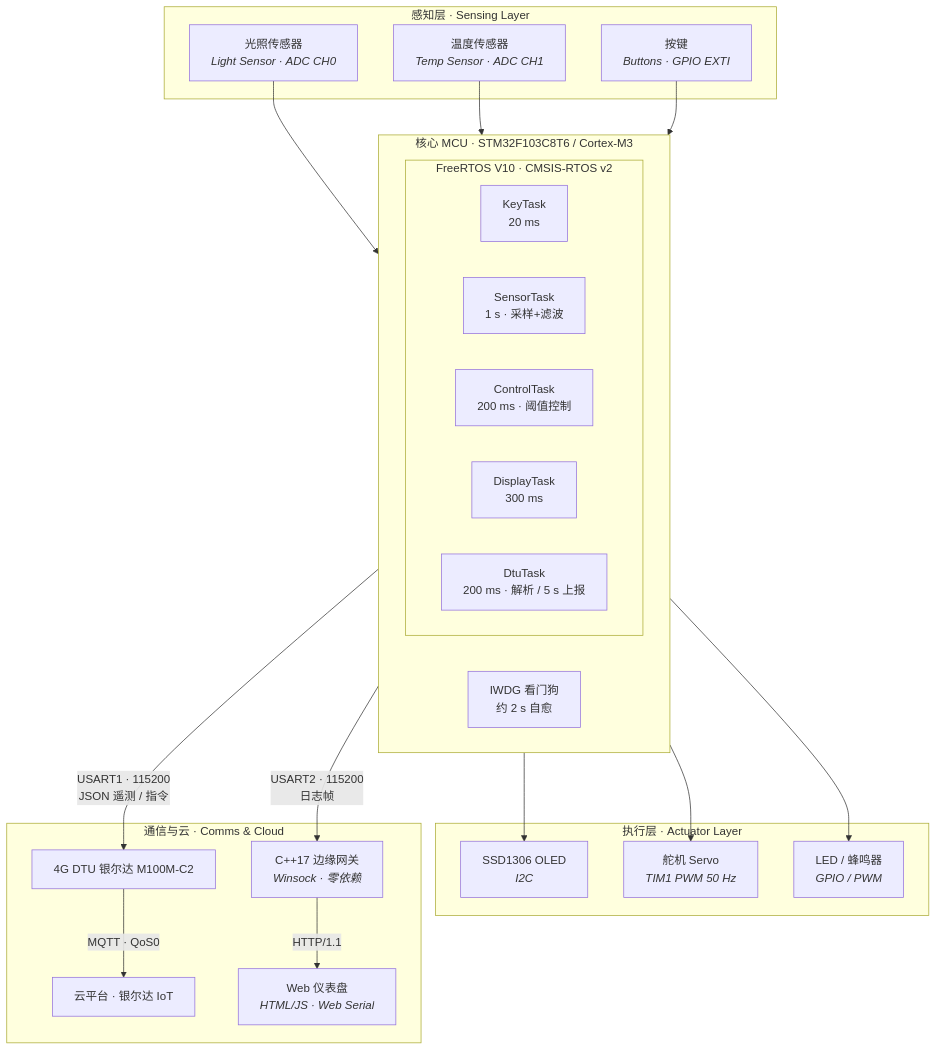
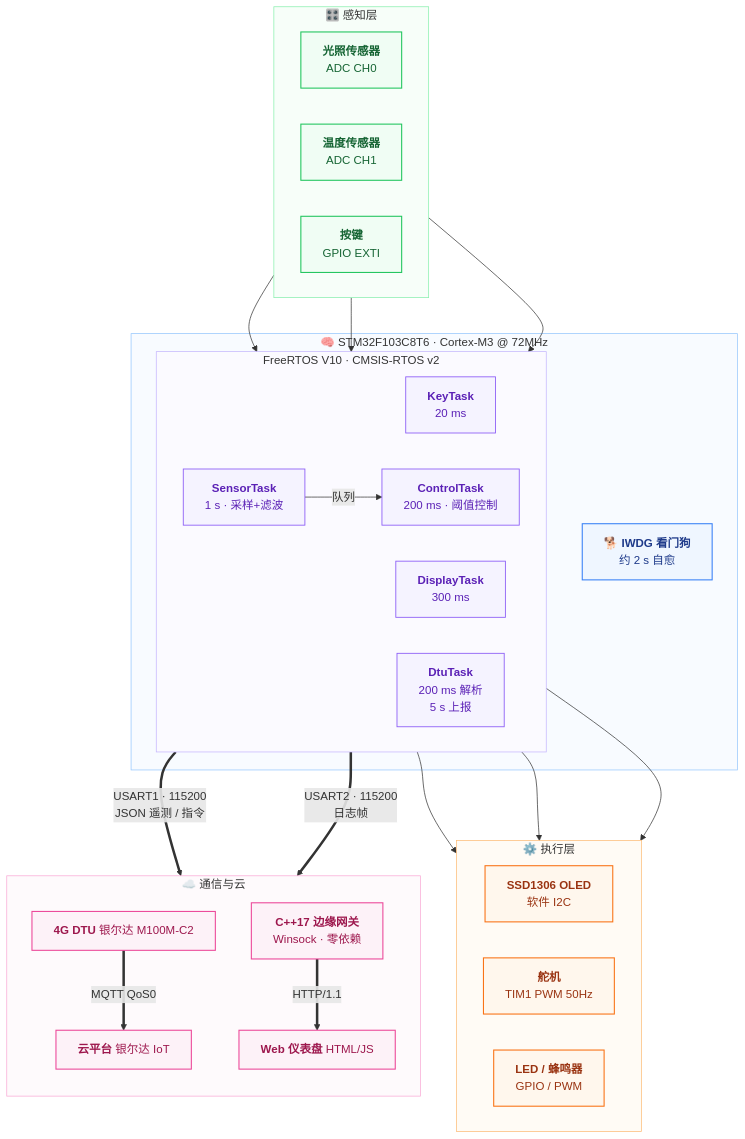
Before and after one commit to Indulge125/smart-env-monitor: the first of 2 diagrams in README.md, drawn with Mermaid. The commit also changed other lines of this file, not shown here.

Commit message:
docs(readme): 系统架构图改成配色分组版
原来是纯黑白的 flowchart，没有分组配色，四个层次（感知 / MCU / 执行 / 通信云）
在视觉上糊成一片。改成：

  - 五个分组各自配色（感知绿 / MCU 蓝 / 任务紫 / 执行橙 / 通信粉），
    子框用更浅的同色底 + 描边
  - 模块名加粗、具体参数用斜体，扫一眼就能分清「这是什么」和「它怎么工作」
  - 关键上行链路（USART1/USART2、MQTT、HTTP）用粗箭头 ==>
    和内部数据流区分开
  - 传感器指向具体任务（SensorTask / KeyTask）而不是笼统指向 MCU 框，
    顺便把「队列」这个任务间同步点标了出来
  - 端到端数据链路图同样加了配色

内容和连线关系没有改动，只改视觉表达。

````diff
--- a/README.md
+++ b/README.md
@@ -64,44 +64,66 @@
 ```mermaid
 flowchart TB
-    subgraph SENSE["感知层 · Sensing Layer"]
-        L["光照传感器<br/><i>Light Sensor · ADC CH0</i>"]
-        T["温度传感器<br/><i>Temp Sensor · ADC CH1</i>"]
-        K["按键<br/><i>Buttons · GPIO EXTI</i>"]
+    subgraph SENSE["🎛️ 感知层"]
+        direction LR
+        L["<b>光照传感器</b><br/>ADC CH0"]
+        T["<b>温度传感器</b><br/>ADC CH1"]
+        K["<b>按键</b><br/>GPIO EXTI"]
     end
 
-    subgraph MCU["核心 MCU · STM32F103C8T6 / Cortex-M3"]
+    subgraph MCU["🧠 STM32F103C8T6 · Cortex-M3 @ 72MHz"]
         subgraph OS["FreeRTOS V10 · CMSIS-RTOS v2"]
             direction LR
-            TK["KeyTask<br/>20 ms"]
-            TS["SensorTask<br/>1 s · 采样+滤波"]
-            TC["ControlTask<br/>200 ms · 阈值控制"]
-            TD["DisplayTask<br/>300 ms"]
-            TU["DtuTask<br/>200 ms · 解析 / 5 s 上报"]
+            TK["<b>KeyTask</b><br/>20 ms"]
+            TS["<b>SensorTask</b><br/>1 s · 采样+滤波"]
+            TC["<b>ControlTask</b><br/>200 ms · 阈值控制"]
+            TD["<b>DisplayTask</b><br/>300 ms"]
+            TU["<b>DtuTask</b><br/>200 ms 解析<br/>5 s 上报"]
         end
-        WDT["IWDG 看门狗<br/>约 2 s 自愈"]
+        WDT["🐕 <b>IWDG 看门狗</b><br/>约 2 s 自愈"]
     end
 
-    subgraph ACT["执行层 · Actuator Layer"]
-        O["SSD1306 OLED<br/><i>I2C</i>"]
-        S["舵机 Servo<br/><i>TIM1 PWM 50 Hz</i>"]
-        E["LED / 蜂鸣器<br/><i>GPIO / PWM</i>"]
+    subgraph ACT["⚙️ 执行层"]
+        direction LR
+        O["<b>SSD1306 OLED</b><br/>软件 I2C"]
+        S["<b>舵机</b><br/>TIM1 PWM 50Hz"]
+        E["<b>LED / 蜂鸣器</b><br/>GPIO / PWM"]
     end
 
-    subgraph COM["通信与云 · Comms & Cloud"]
-        DTU["4G DTU 银尔达 M100M-C2"]
-        GW["C++17 边缘网关<br/><i>Winsock · 零依赖</i>"]
-        CLOUD["云平台 · 银尔达 IoT"]
-        WEB["Web 仪表盘<br/><i>HTML/JS · Web Serial</i>"]
-        DTU -->|"MQTT · QoS0"| CLOUD
-        GW -->|"HTTP/1.1"| WEB
+    subgraph COM["☁️ 通信与云"]
+        direction TB
+        DTU["<b>4G DTU</b> 银尔达 M100M-C2"]
+        GW["<b>C++17 边缘网关</b><br/>Winsock · 零依赖"]
+        CLOUD["<b>云平台</b> 银尔达 IoT"]
+        WEB["<b>Web 仪表盘</b> HTML/JS"]
+        DTU ==>|"MQTT QoS0"| CLOUD
+        GW ==>|"HTTP/1.1"| WEB
     end
 
-    L --> MCU
-    T --> MCU
-    K --> MCU
-    MCU --> O
-    MCU --> S
-    MCU --> E
-    MCU -->|"USART1 · 115200<br/>JSON 遥测 / 指令"| DTU
-    MCU -->|"USART2 · 115200<br/>日志帧"| GW
+    L --> TS
+    T --> TS
+    K --> TK
+    TS -->|"队列"| TC
+    TC --> S
+    TC --> E
+    TD --> O
+    TU ==>|"USART1 · 115200<br/>JSON 遥测 / 指令"| DTU
+    TU ==>|"USART2 · 115200<br/>日志帧"| GW
+
+    classDef sense fill:#f0fdf4,color:#166534,stroke:#22c55e,stroke-width:1.5px
+    classDef mcu   fill:#eff6ff,color:#1e3a8a,stroke:#3b82f6,stroke-width:1.5px
+    classDef task  fill:#f5f3ff,color:#5b21b6,stroke:#8b5cf6,stroke-width:1.2px
+    classDef act   fill:#fff7ed,color:#9a3412,stroke:#f97316,stroke-width:1.5px
+    classDef com   fill:#fdf2f8,color:#9d174d,stroke:#ec4899,stroke-width:1.5px
+
+    class L,T,K sense
+    class WDT mcu
+    class TK,TS,TC,TD,TU task
+    class O,S,E act
+    class DTU,GW,CLOUD,WEB com
+
+    style SENSE fill:#f7fef9,stroke:#86efac,stroke-width:1px
+    style OS    fill:#fbfaff,stroke:#c4b5fd,stroke-width:1px
+    style MCU   fill:#f8fbff,stroke:#93c5fd,stroke-width:1px
+    style ACT   fill:#fffbf5,stroke:#fdba74,stroke-width:1px
+    style COM   fill:#fefafc,stroke:#f9a8d4,stroke-width:1px
 ```
````
